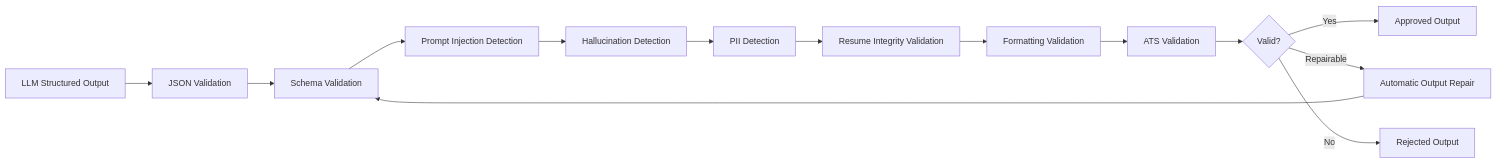
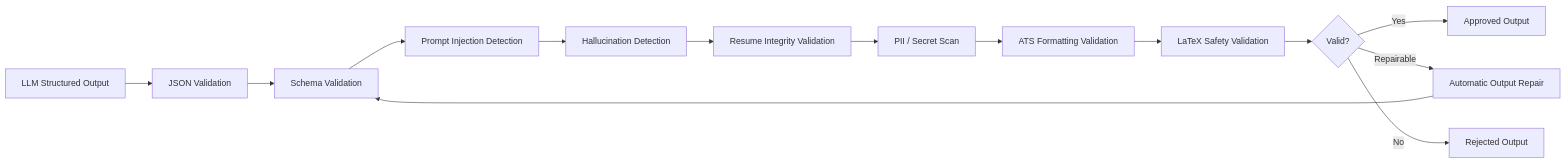
One commit to rsinghcodes/Tailr changed the diagram in docs/Diagrams/16-Validation-Pipeline.mmd. Above: the diagram before and after it, drawn with Mermaid. The commit also changed 59 other files, not shown here.

Commit message:
docs: add comprehensive project documentation including architecture, diagrams, roadmaps, and architectural decision records.

```diff
--- a/docs/Diagrams/16-Validation-Pipeline.mmd
+++ b/docs/Diagrams/16-Validation-Pipeline.mmd
@@ -1,29 +1,29 @@
 flowchart LR
 
 Generated[LLM Structured Output]
 
 Generated --> JSON[JSON Validation]
 
 JSON --> Schema[Schema Validation]
 
 Schema --> Injection[Prompt Injection Detection]
 
 Injection --> Hallucination[Hallucination Detection]
 
-Hallucination --> PII[PII Detection]
+Hallucination --> ResumeIntegrity[Resume Integrity Validation]
 
-PII --> ResumeIntegrity[Resume Integrity Validation]
+ResumeIntegrity --> PII[PII / Secret Scan]
 
-ResumeIntegrity --> Formatting[Formatting Validation]
+PII --> ATSValid[ATS Formatting Validation]
 
-Formatting --> ATS[ATS Validation]
+ATSValid --> LaTeX[LaTeX Safety Validation]
 
-ATS --> Decision{Valid?}
+LaTeX --> Decision{Valid?}
 
 Decision -- Yes --> Approved[Approved Output]
 
 Decision -- Repairable --> Repair[Automatic Output Repair]
 
 Repair --> Schema
 
 Decision -- No --> Rejected[Rejected Output]
```
